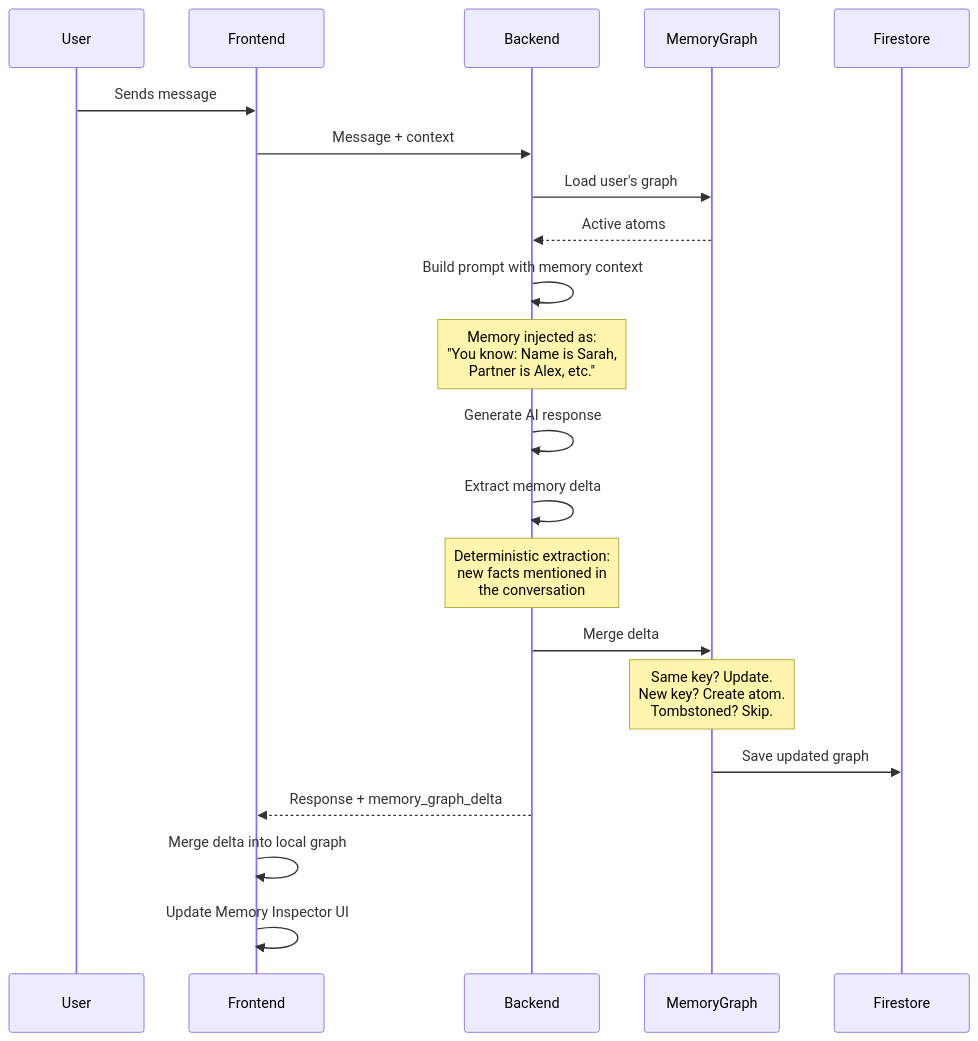
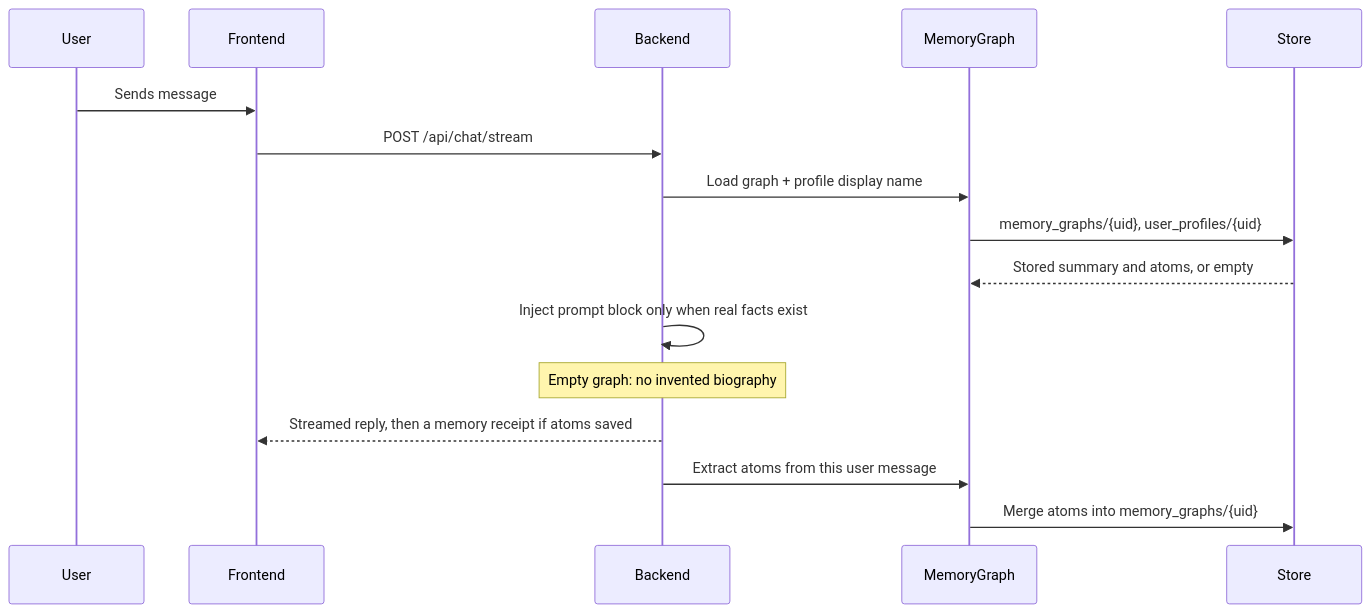
One commit to M1rw/MindPal changed the fourth of 6 diagrams in docs/backend/memory-v3.md. Above: the diagram before and after it, drawn with Mermaid. The commit also changed other lines of this file and 272 other files, not shown here.

````diff
--- a/docs/backend/memory-v3.md
+++ b/docs/backend/memory-v3.md
@@ -132,31 +134,19 @@
 ```mermaid
 sequenceDiagram
     participant User
     participant Frontend
     participant Backend
     participant MemoryGraph
-    participant Firestore
+    participant Store
 
     User->>Frontend: Sends message
-    Frontend->>Backend: Message + context
-
-    Backend->>MemoryGraph: Load user's graph
-    MemoryGraph-->>Backend: Active atoms
-
-    Backend->>Backend: Build prompt with memory context
-    Note over Backend: Memory injected as:<br/>"You know: Name is Sarah,<br/>Partner is Alex, etc."
-
-    Backend->>Backend: Generate AI response
-
-    Backend->>Backend: Extract memory delta
-    Note over Backend: Deterministic extraction:<br/>new facts mentioned in<br/>the conversation
-
-    Backend->>MemoryGraph: Merge delta
-    Note over MemoryGraph: Same key? Update.<br/>New key? Create atom.<br/>Tombstoned? Skip.
-
-    MemoryGraph->>Firestore: Save updated graph
-
-    Backend-->>Frontend: Response + memory_graph_delta
-    Frontend->>Frontend: Merge delta into local graph
-    Frontend->>Frontend: Update Memory Inspector UI
+    Frontend->>Backend: POST /api/chat/stream
+    Backend->>MemoryGraph: Load graph + profile display name
+    MemoryGraph->>Store: memory_graphs/{uid}, user_profiles/{uid}
+    Store-->>MemoryGraph: Stored summary and atoms, or empty
+    Backend->>Backend: Inject prompt block only when real facts exist
+    Note over Backend: Empty graph: no invented biography
+    Backend-->>Frontend: Streamed reply, then a memory receipt if atoms saved
+    Backend->>MemoryGraph: Extract atoms from this user message
+    MemoryGraph->>Store: Merge atoms into memory_graphs/{uid}
 ```
````
